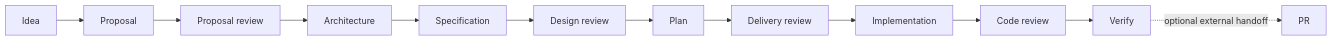
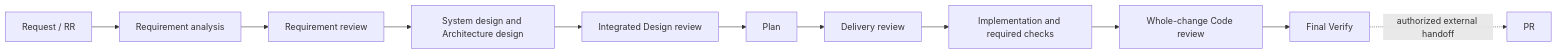
The diagram in README.md (xiongxianfei/rigorloop), drawn with Mermaid before and after one commit. The commit also changed other lines of this file and 404 other files, not shown here.

````diff
--- a/README.md
+++ b/README.md
@@ -117,14 +100,13 @@
 ```mermaid
 flowchart LR
-  A[Idea] --> B[Proposal]
-  B --> C[Proposal review]
-  C --> D[Architecture]
-  D --> E[Specification]
-  E --> F[Design review]
-  F --> G[Plan]
-  G --> H[Delivery review]
-  H --> I[Implementation]
-  I --> J[Code review]
-  J --> K[Verify]
-  K -. optional external handoff .-> L[PR]
+  A[Request / RR] --> B[Requirement analysis]
+  B --> C[Requirement review]
+  C --> D[System design and Architecture design]
+  D --> E[Integrated Design review]
+  E --> F[Plan]
+  F --> G[Delivery review]
+  G --> H[Implementation and required checks]
+  H --> I[Whole-change Code review]
+  I --> J[Final Verify]
+  J -. authorized external handoff .-> K[PR]
 ```
````
